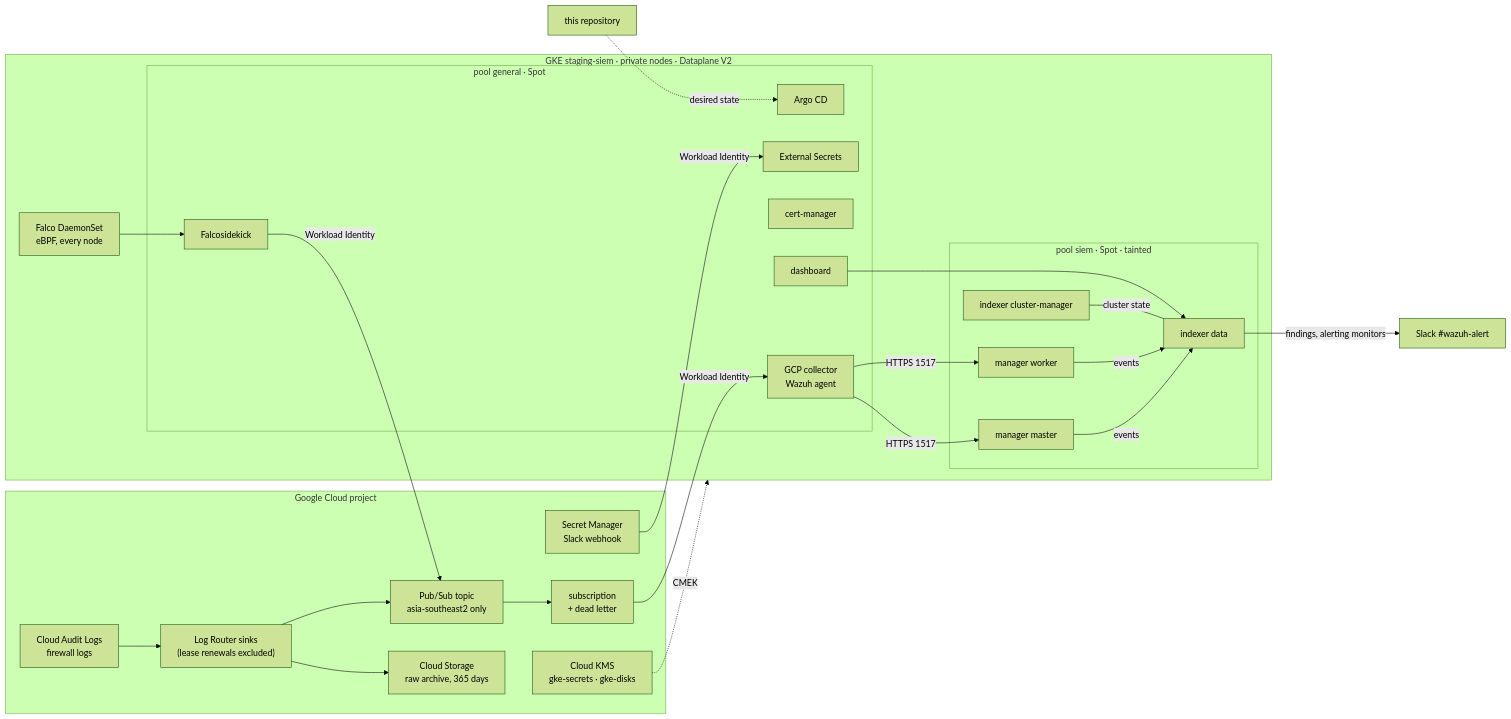
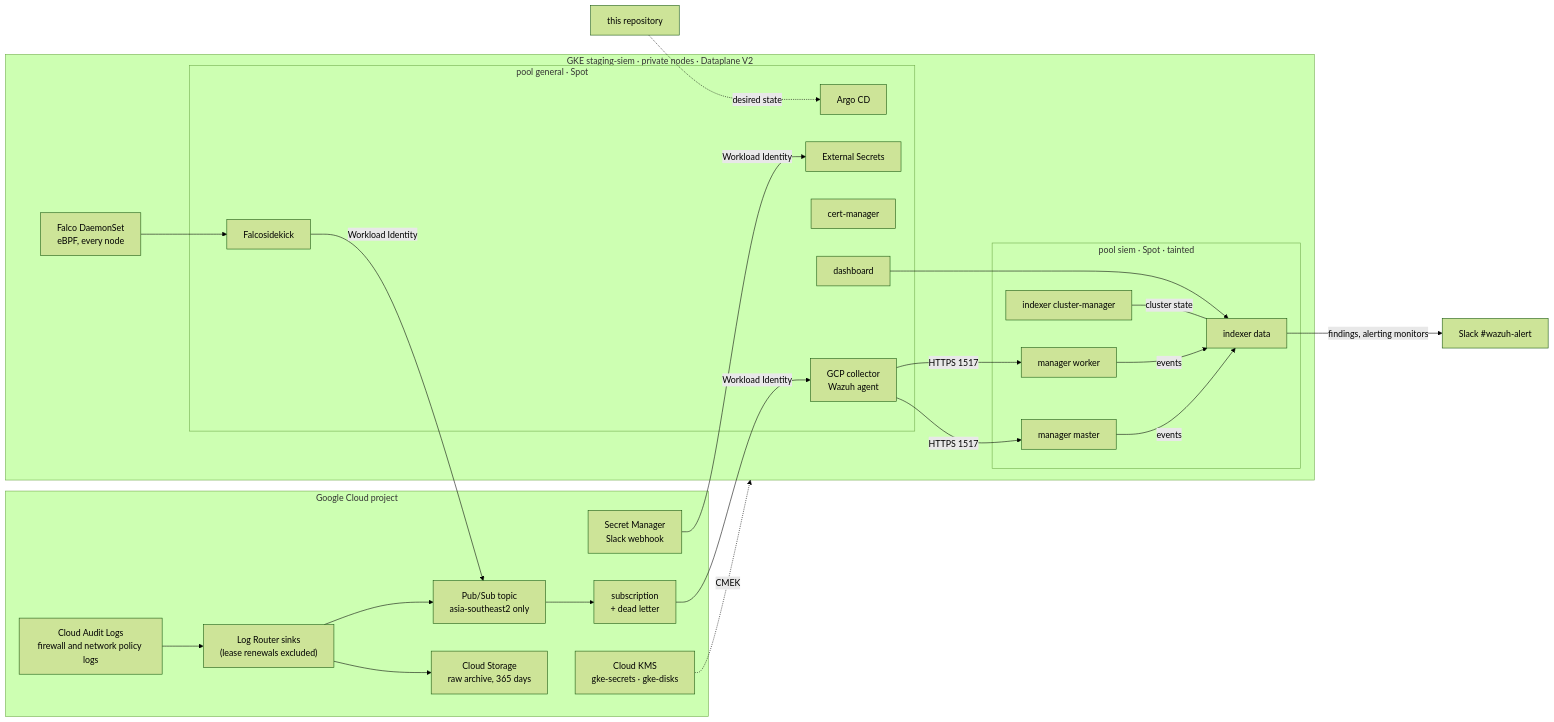
The diagram in README.md (alice101-dev/wazuh-siem-gitops), drawn with Mermaid (forest theme) before and after one commit. The commit also changed other lines of this file, not shown here.

Commit message:
README: denied NetworkPolicy connections and the Kubernetes port scan monitor

````diff
--- a/README.md
+++ b/README.md
@@ -30,45 +30,45 @@
 ```mermaid
 flowchart LR
   subgraph gcp["Google Cloud project"]
-    audit["Cloud Audit Logs<br/>firewall logs"]
+    audit["Cloud Audit Logs<br/>firewall and network policy logs"]
     sink["Log Router sinks<br/>(lease renewals excluded)"]
     topic["Pub/Sub topic<br/>asia-southeast2 only"]
     sub["subscription<br/>+ dead letter"]
     archive["Cloud Storage<br/>raw archive, 365 days"]
     kms["Cloud KMS<br/>gke-secrets · gke-disks"]
     sm["Secret Manager<br/>Slack webhook"]
     audit --> sink --> topic --> sub
     sink --> archive
   end
 
   subgraph gke["GKE staging-siem · private nodes · Dataplane V2"]
     falco["Falco DaemonSet<br/>eBPF, every node"]
     subgraph general["pool general · Spot"]
       argo["Argo CD"]
       eso["External Secrets"]
       cm["cert-manager"]
       collector["GCP collector<br/>Wazuh agent"]
       sidekick["Falcosidekick"]
       dash["dashboard"]
     end
     subgraph siem["pool siem · Spot · tainted"]
       master["manager master"]
       workers["manager worker"]
       icm["indexer cluster-manager"]
       idata["indexer data"]
     end
   end
 
   slack["Slack #wazuh-alert"]
 
   sub -->|Workload Identity| collector
   falco --> sidekick -->|Workload Identity| topic
   collector -->|HTTPS 1517| master & workers
   master & workers -->|events| idata
   icm ---|cluster state| idata
   idata -->|"findings, alerting monitors"| slack
   dash --> idata
   sm -->|Workload Identity| eso
   kms -.->|CMEK| gke
   repo["this repository"] -.->|desired state| argo
 ```
````
